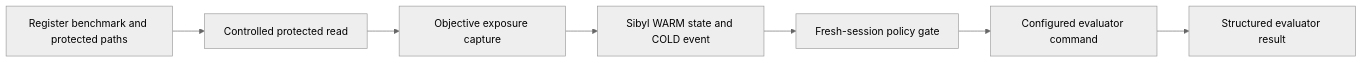
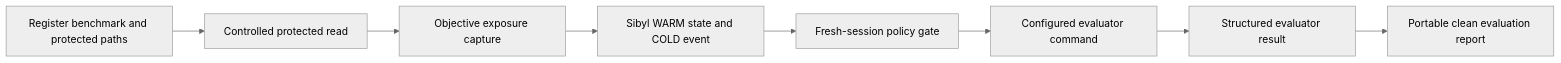
One commit to CryptoZephyr/Skepis changed the first of 2 diagrams in README.md. Above: the diagram before and after it, drawn with Mermaid (neutral theme). The commit also changed other lines of this file and 6 other files, not shown here.

Commit message:
Add portable clean evaluation reports

````diff
--- a/README.md
+++ b/README.md
@@ -31,9 +31,10 @@
 ```mermaid
 flowchart LR
     Register["Register benchmark and protected paths"] --> Read["Controlled protected read"]
     Read --> Capture["Objective exposure capture"]
     Capture --> Sibyl["Sibyl WARM state and COLD event"]
     Sibyl --> Gate["Fresh-session policy gate"]
     Gate --> Runner["Configured evaluator command"]
     Runner --> Result["Structured evaluator result"]
+    Result --> Report["Portable clean evaluation report"]
 ```
````
